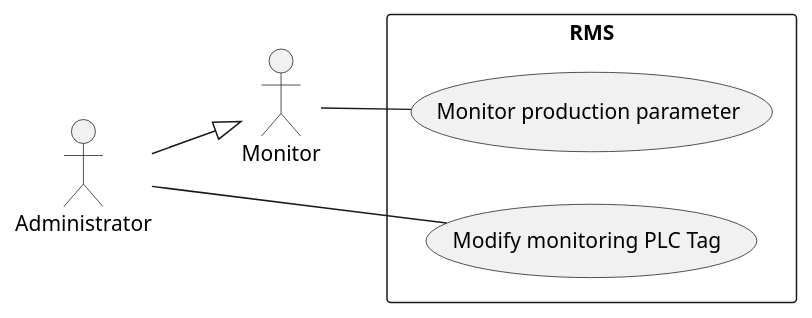
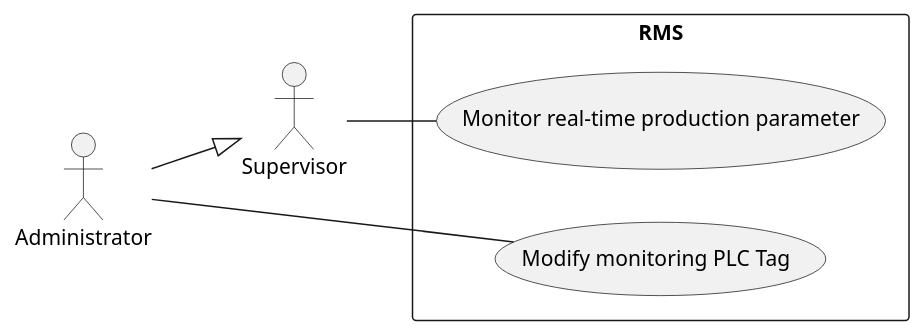
The diagram in Report7/SRS/FunctionalRequirement/Monitoring/use-case.wsd (f-pms/Document), drawn with PlantUML before and after one commit. The commit also changed 19 other files, not shown here.

First line of the commit message:
Ltt - add diagrams (#2)

```diff
--- a/Report7/SRS/FunctionalRequirement/Monitoring/use-case.wsd
+++ b/Report7/SRS/FunctionalRequirement/Monitoring/use-case.wsd
@@ -1,15 +1,15 @@
 @startuml
 left to right direction
-actor "Monitor" as m
+actor "Supervisor" as m
 actor "Administrator" as a
 
 rectangle RMS {
- (Monitor production parameter) as mp
+ (Monitor real-time production parameter) as mp
  (Modify monitoring PLC Tag) as mm
 }
 
 m -- mp
 a --|> m
 a -- mm
 
 @enduml
```
